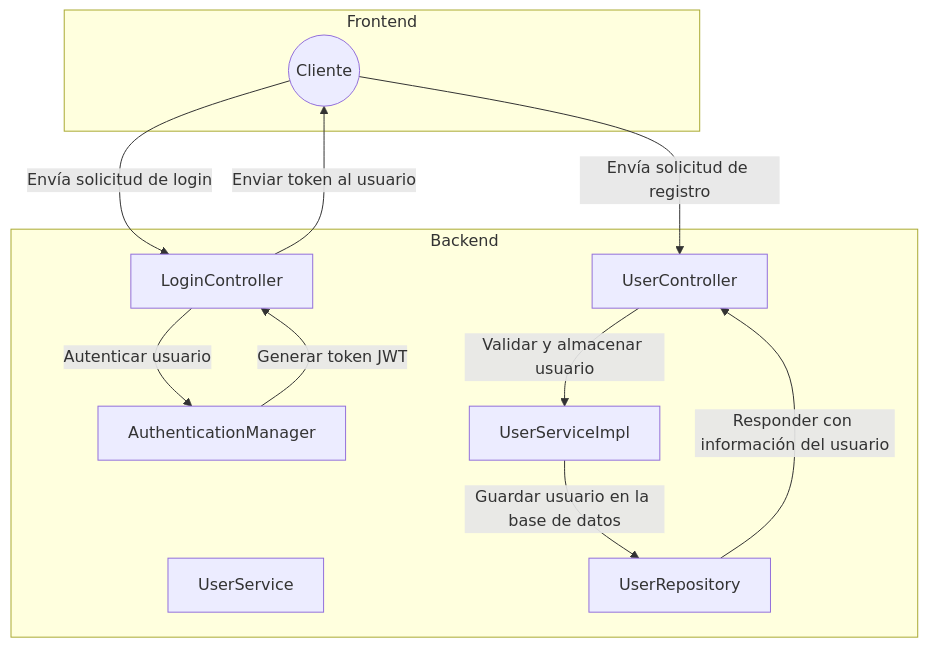
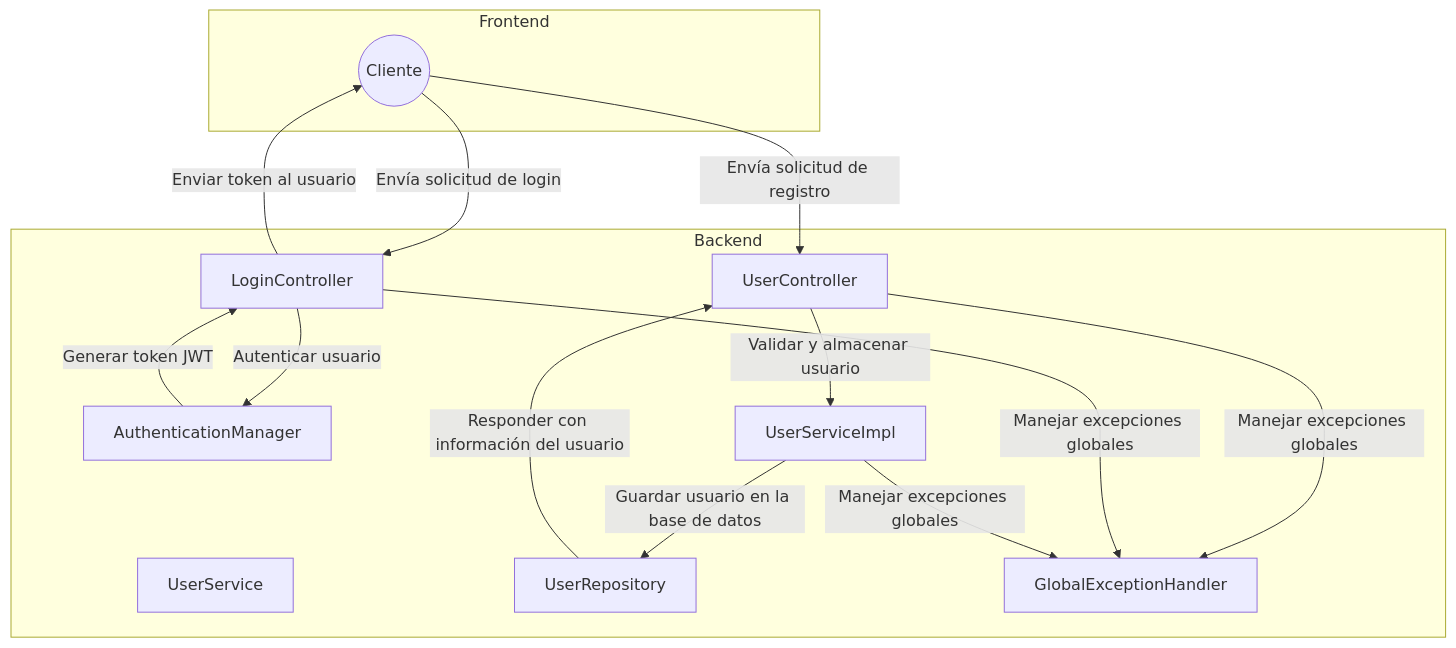
Before and after one commit to camilitwo/test-bci: the diagram in src/main/docs/diagramas/Componentes.md, drawn with Mermaid. The commit also changed 2 other files, not shown here.

Commit message:
actualizacion de diagramas

````diff
--- a/src/main/docs/diagramas/Componentes.md
+++ b/src/main/docs/diagramas/Componentes.md
@@ -3,25 +3,30 @@
 ```mermaid
 graph TD
-  subgraph Frontend
-    A((Cliente))
-  end
+    subgraph Frontend
+        A((Cliente))
+    end
 
-  subgraph Backend
-    B[UserController]
-    C[LoginController]
-    D[AuthenticationManager]
-    E[UserService]
-    F[UserServiceImpl]
-    G[UserRepository]
-  end
+    subgraph Backend
+        B[UserController]
+        C[LoginController]
+        D[AuthenticationManager]
+        E[UserService]
+        F[UserServiceImpl]
+        G[UserRepository]
+        H[GlobalExceptionHandler]
+    end
 
-  A -->|Envía solicitud de login| C
-  C -->|Autenticar usuario| D
-  D -->|Generar token JWT| C
-  C -->|Enviar token al usuario| A
+    A -->|Envía solicitud de login| C
+    C -->|Autenticar usuario| D
+    D -->|Generar token JWT| C
+    C -->|Enviar token al usuario| A
 
-  A -->|Envía solicitud de registro| B
-  B -->|Validar y almacenar usuario| F
-  F -->|Guardar usuario en la base de datos| G
-  G -->|Responder con información del usuario| B
+    A -->|Envía solicitud de registro| B
+    B -->|Validar y almacenar usuario| F
+    F -->|Guardar usuario en la base de datos| G
+    G -->|Responder con información del usuario| B
+    B -->|Manejar excepciones globales| H
+    C -->|Manejar excepciones globales| H
+    F -->|Manejar excepciones globales| H
+
 ```
````
